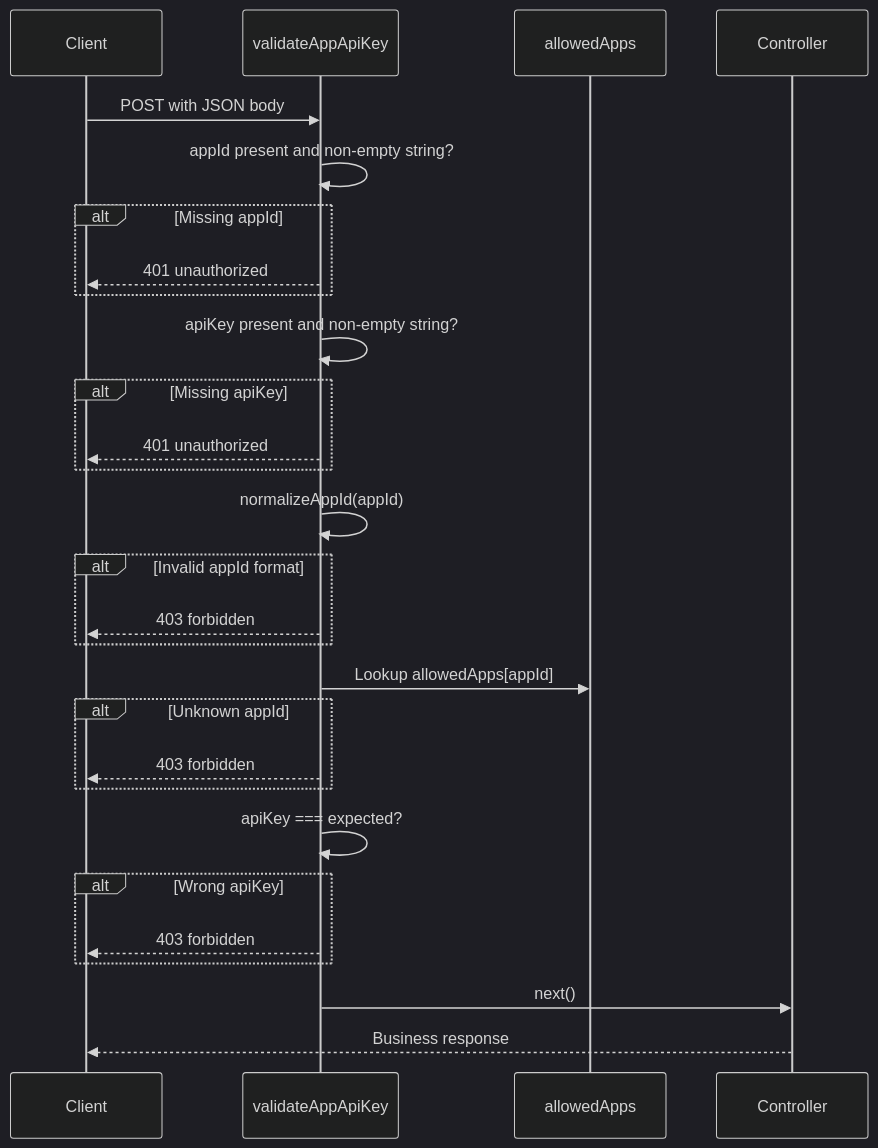
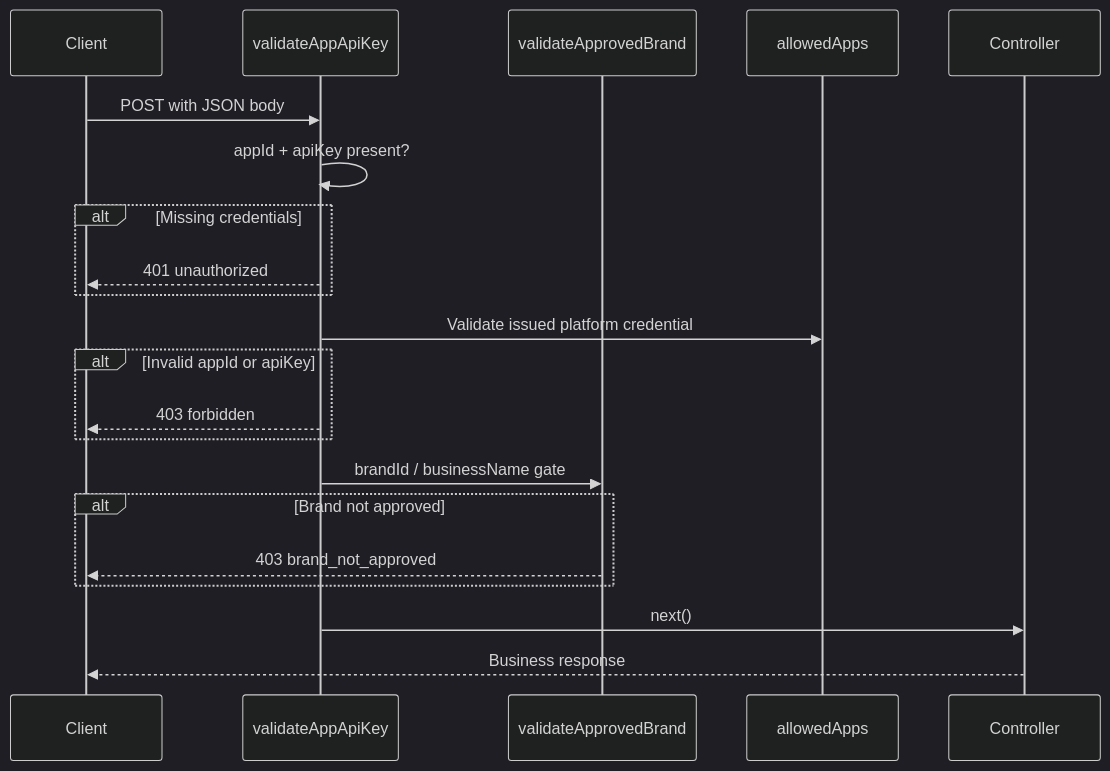
One commit to elva-tech/notify-service changed the diagram in docs/api/authentication.md. Above: the diagram before and after it, drawn with Mermaid (dark theme). The commit also changed other lines of this file and 93 other files, not shown here.

Commit message:
modified onboarding flow

````diff
--- a/docs/api/authentication.md
+++ b/docs/api/authentication.md
@@ -46,31 +69,24 @@
 ```mermaid
 sequenceDiagram
     participant Client
     participant MW as validateAppApiKey
+    participant Brand as validateApprovedBrand
     participant Apps as allowedApps
     participant Ctrl as Controller
 
     Client->>MW: POST with JSON body
-    MW->>MW: appId present and non-empty string?
-    alt Missing appId
+    MW->>MW: appId + apiKey present?
+    alt Missing credentials
         MW-->>Client: 401 unauthorized
     end
-    MW->>MW: apiKey present and non-empty string?
-    alt Missing apiKey
-        MW-->>Client: 401 unauthorized
-    end
-    MW->>MW: normalizeAppId(appId)
-    alt Invalid appId format
+    MW->>Apps: Validate issued platform credential
+    alt Invalid appId or apiKey
         MW-->>Client: 403 forbidden
     end
-    MW->>Apps: Lookup allowedApps[appId]
-    alt Unknown appId
-        MW-->>Client: 403 forbidden
-    end
-    MW->>MW: apiKey === expected?
-    alt Wrong apiKey
-        MW-->>Client: 403 forbidden
+    MW->>Brand: brandId / businessName gate
+    alt Brand not approved
+        Brand-->>Client: 403 brand_not_approved
     end
     MW->>Ctrl: next()
     Ctrl-->>Client: Business response
 ```
````
